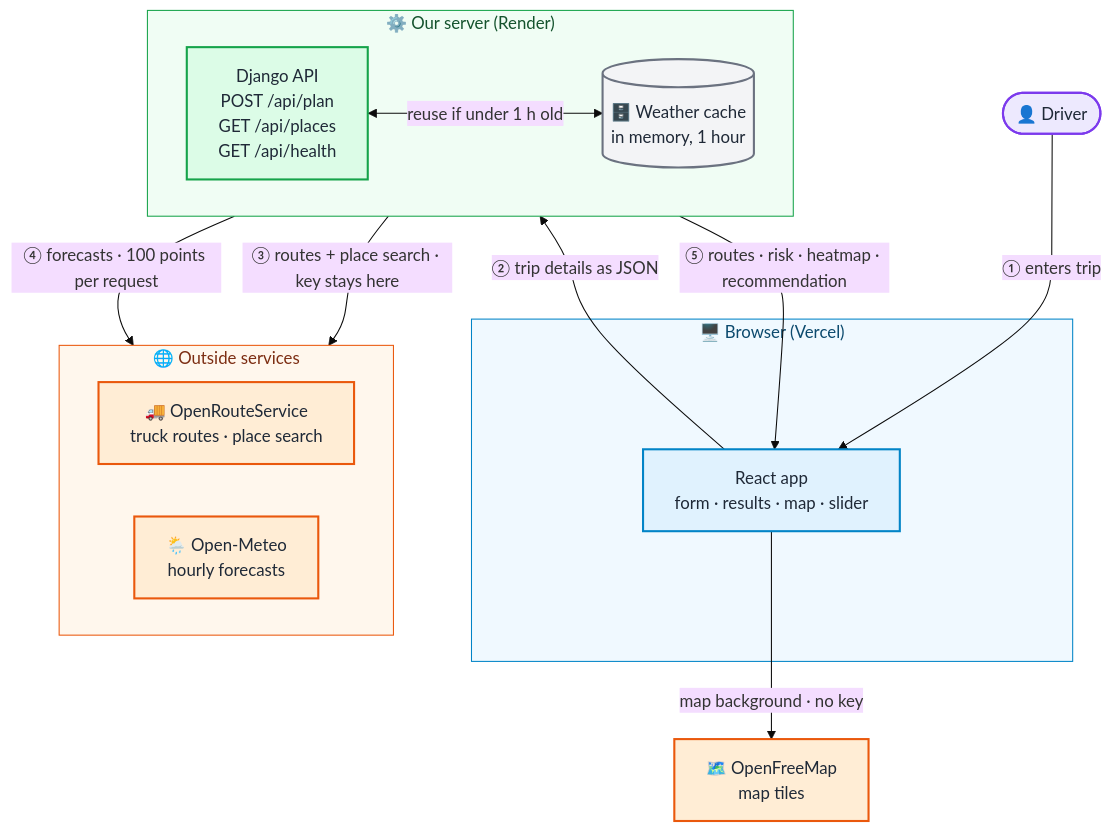
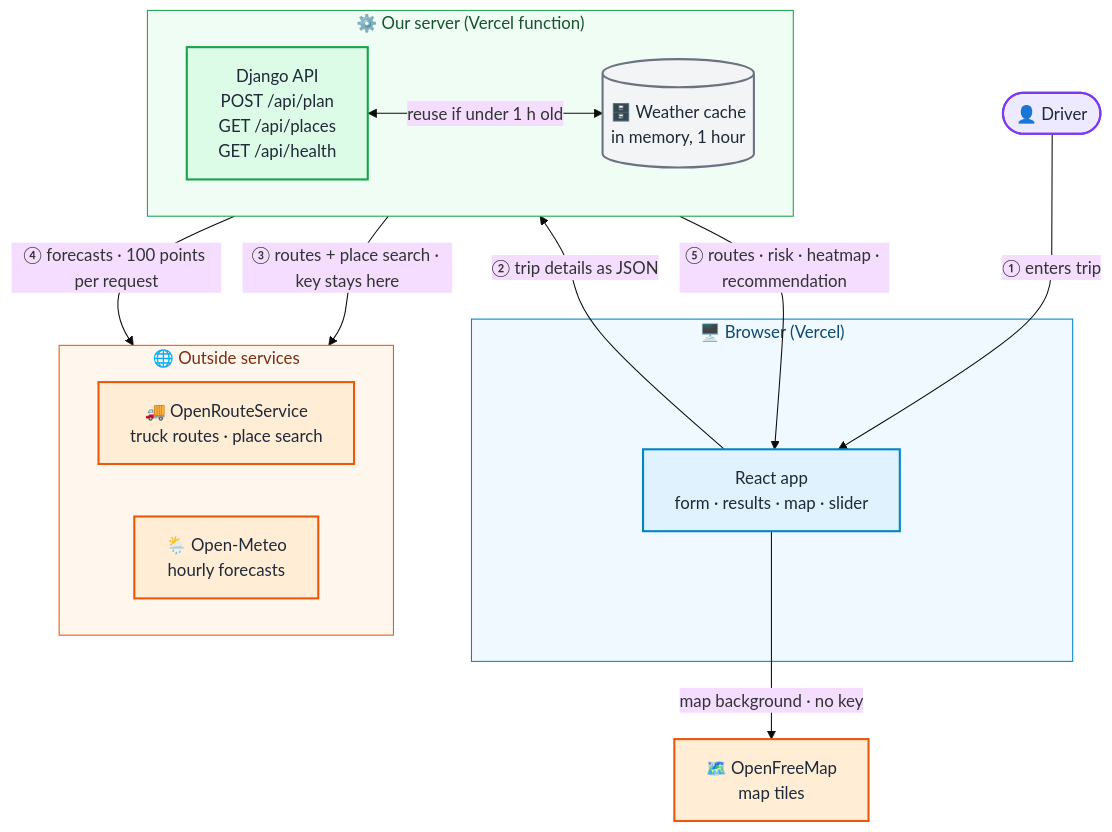
One commit to syedAliRazaHussnain/weather-aware-truck-routing changed the first of 7 diagrams in docs/ARCHITECTURE.md. Above: the diagram before and after it, drawn with Mermaid (base theme). The commit also changed 3 other files, not shown here.

````diff
--- a/docs/ARCHITECTURE.md
+++ b/docs/ARCHITECTURE.md
@@ -19,44 +19,44 @@
 ```mermaid
 flowchart TB
     driver(["👤 Driver"])
 
     subgraph browser["🖥️ Browser (Vercel)"]
         ui["React app<br/>form · results · map · slider"]
     end
 
     tiles["🗺️ OpenFreeMap<br/>map tiles"]
 
-    subgraph server["⚙️ Our server (Render)"]
+    subgraph server["⚙️ Our server (Vercel function)"]
         direction LR
         api["Django API<br/>POST /api/plan<br/>GET /api/places<br/>GET /api/health"]
         cache[("🗄️ Weather cache<br/>in memory, 1 hour")]
     end
 
     subgraph outside["🌐 Outside services"]
         direction LR
         ors["🚚 OpenRouteService<br/>truck routes · place search"]
         meteo["🌦️ Open-Meteo<br/>hourly forecasts"]
     end
 
     driver -->|"① enters trip"| ui
     ui -->|"map background · no key"| tiles
     ui -->|"② trip details as JSON"| api
     api -->|"⑤ routes · risk · heatmap · recommendation"| ui
     api <-->|"reuse if under 1 h old"| cache
     api -->|"③ routes + place search · key stays here"| ors
     api -->|"④ forecasts · 100 points per request"| meteo
 
     classDef person fill:#ede9fe,stroke:#7c3aed,stroke-width:2px,color:#1f2937
     classDef front fill:#e0f2fe,stroke:#0284c7,stroke-width:2px,color:#1f2937
     classDef back fill:#dcfce7,stroke:#16a34a,stroke-width:2px,color:#1f2937
     classDef ext fill:#ffedd5,stroke:#ea580c,stroke-width:2px,color:#1f2937
     classDef data fill:#f3f4f6,stroke:#6b7280,stroke-width:2px,color:#1f2937
     class driver person
     class ui front
     class api back
     class ors,meteo,tiles ext
     class cache data
     style browser fill:#f0f9ff,stroke:#0284c7,color:#0c4a6e
     style server fill:#f0fdf4,stroke:#16a34a,color:#14532d
     style outside fill:#fff7ed,stroke:#ea580c,color:#7c2d12
 ```
````
